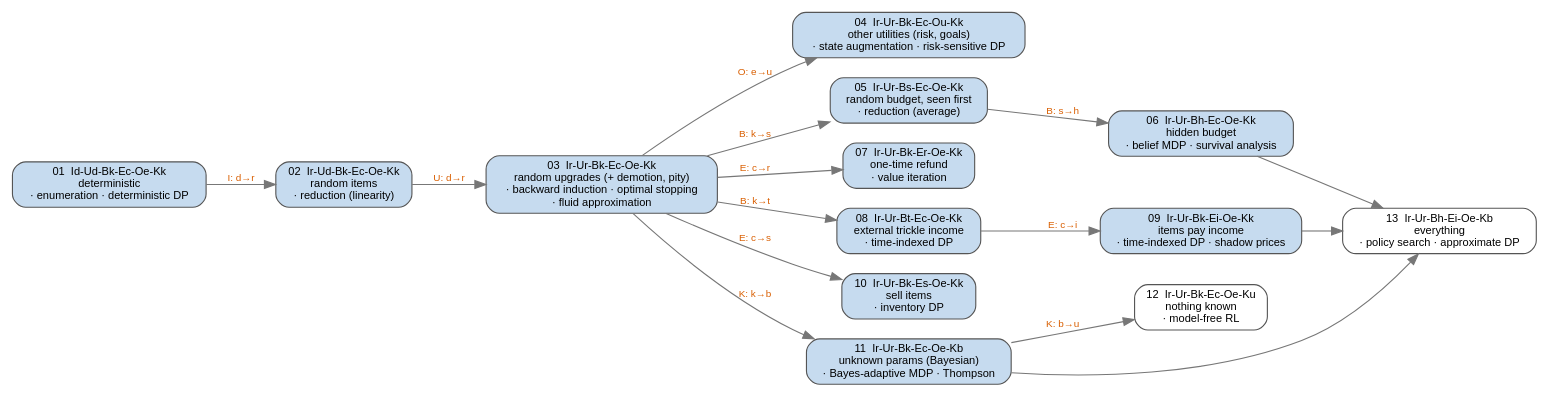
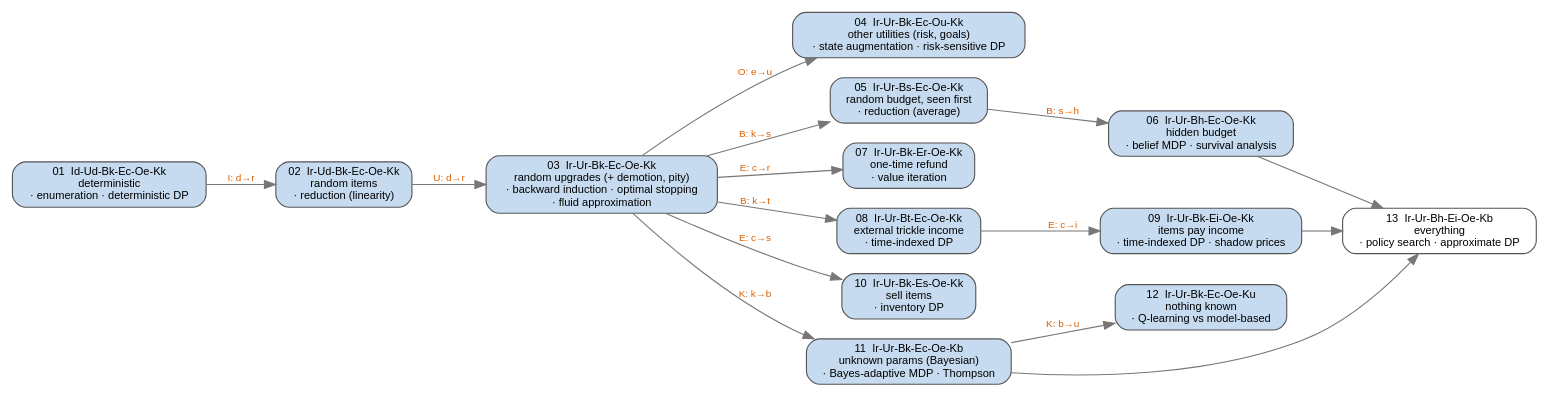
Before and after one commit to ssarkar2/notes: the diagram in probability/sequential_decision_making_under_uncertainty/figures/ladder_map.dot, drawn with Graphviz. The commit also changed 6 other files, not shown here.

First line of the commit message:
Add problem 12 (nothing known): Q-learning vs model-based learning

```diff
--- a/probability/sequential_decision_making_under_uncertainty/figures/ladder_map.dot
+++ b/probability/sequential_decision_making_under_uncertainty/figures/ladder_map.dot
@@ -1,36 +1,36 @@
 // Ladder of problems: each edge = one axis loosened. Filled = built, white = planned.
 // Build: ./build.sh
 digraph ladder {
   rankdir=LR;
   graph [fontname="Helvetica", fontsize=11, nodesep=0.25, ranksep=0.5, bgcolor="white"];
   node  [shape=box, style="rounded,filled", fontname="Helvetica", fontsize=10, fillcolor="white", color="#555555"];
   edge  [fontname="Helvetica", fontsize=9, color="#777777", fontcolor="#d95f02"];
 
   // fillcolor "#c6dbef" = built
   p01 [label="01  Id-Ud-Bk-Ec-Oe-Kk\ndeterministic\n· enumeration · deterministic DP", fillcolor="#c6dbef"];
   p02 [label="02  Ir-Ud-Bk-Ec-Oe-Kk\nrandom items\n· reduction (linearity)", fillcolor="#c6dbef"];
   p03 [label="03  Ir-Ur-Bk-Ec-Oe-Kk\nrandom upgrades (+ demotion, pity)\n· backward induction · optimal stopping\n· fluid approximation", fillcolor="#c6dbef"];
   p04 [label="04  Ir-Ur-Bk-Ec-Ou-Kk\nother utilities (risk, goals)\n· state augmentation · risk-sensitive DP", fillcolor="#c6dbef"];
   p05 [label="05  Ir-Ur-Bs-Ec-Oe-Kk\nrandom budget, seen first\n· reduction (average)", fillcolor="#c6dbef"];
   p06 [label="06  Ir-Ur-Bh-Ec-Oe-Kk\nhidden budget\n· belief MDP · survival analysis", fillcolor="#c6dbef"];
   p07 [label="07  Ir-Ur-Bk-Er-Oe-Kk\none-time refund\n· value iteration", fillcolor="#c6dbef"];
   p08 [label="08  Ir-Ur-Bt-Ec-Oe-Kk\nexternal trickle income\n· time-indexed DP", fillcolor="#c6dbef"];
   p09 [label="09  Ir-Ur-Bk-Ei-Oe-Kk\nitems pay income\n· time-indexed DP · shadow prices", fillcolor="#c6dbef"];
   p10 [label="10  Ir-Ur-Bk-Es-Oe-Kk\nsell items\n· inventory DP", fillcolor="#c6dbef"];
   p11 [label="11  Ir-Ur-Bk-Ec-Oe-Kb\nunknown params (Bayesian)\n· Bayes-adaptive MDP · Thompson", fillcolor="#c6dbef"];
-  p12 [label="12  Ir-Ur-Bk-Ec-Oe-Ku\nnothing known\n· model-free RL"];
+  p12 [label="12  Ir-Ur-Bk-Ec-Oe-Ku\nnothing known\n· Q-learning vs model-based", fillcolor="#c6dbef"];
   p13 [label="13  Ir-Ur-Bh-Ei-Oe-Kb\neverything\n· policy search · approximate DP"];
 
   p01 -> p02 [label="I: d→r"];
   p02 -> p03 [label="U: d→r"];
   p03 -> p04 [label="O: e→u"];
   p03 -> p05 [label="B: k→s"];
   p05 -> p06 [label="B: s→h"];
   p03 -> p07 [label="E: c→r"];
   p03 -> p08 [label="B: k→t"];
   p08 -> p09 [label="E: c→i"];
   p03 -> p10 [label="E: c→s"];
   p03 -> p11 [label="K: k→b"];
   p11 -> p12 [label="K: b→u"];
   p06 -> p13; p09 -> p13; p11 -> p13;
 }
```
